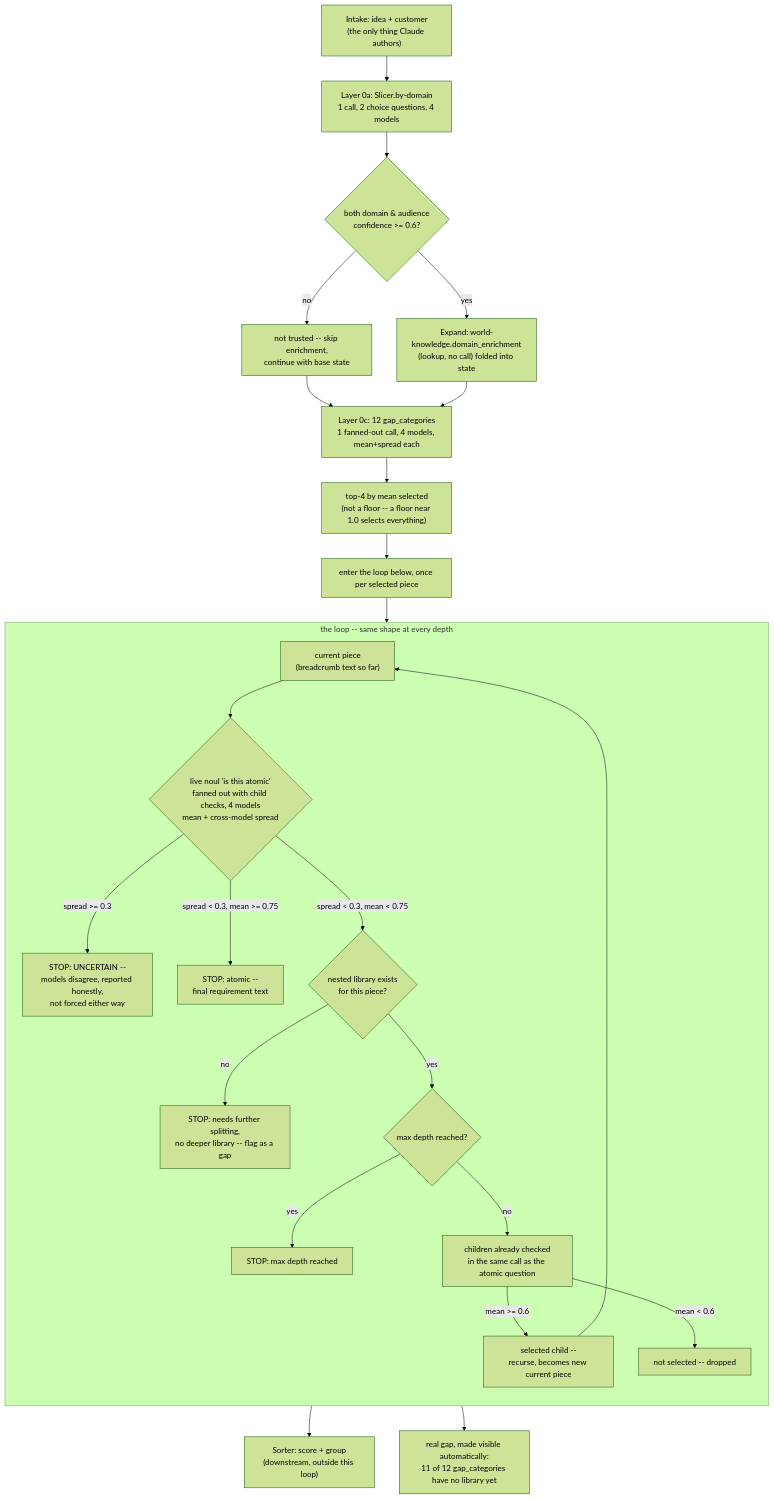
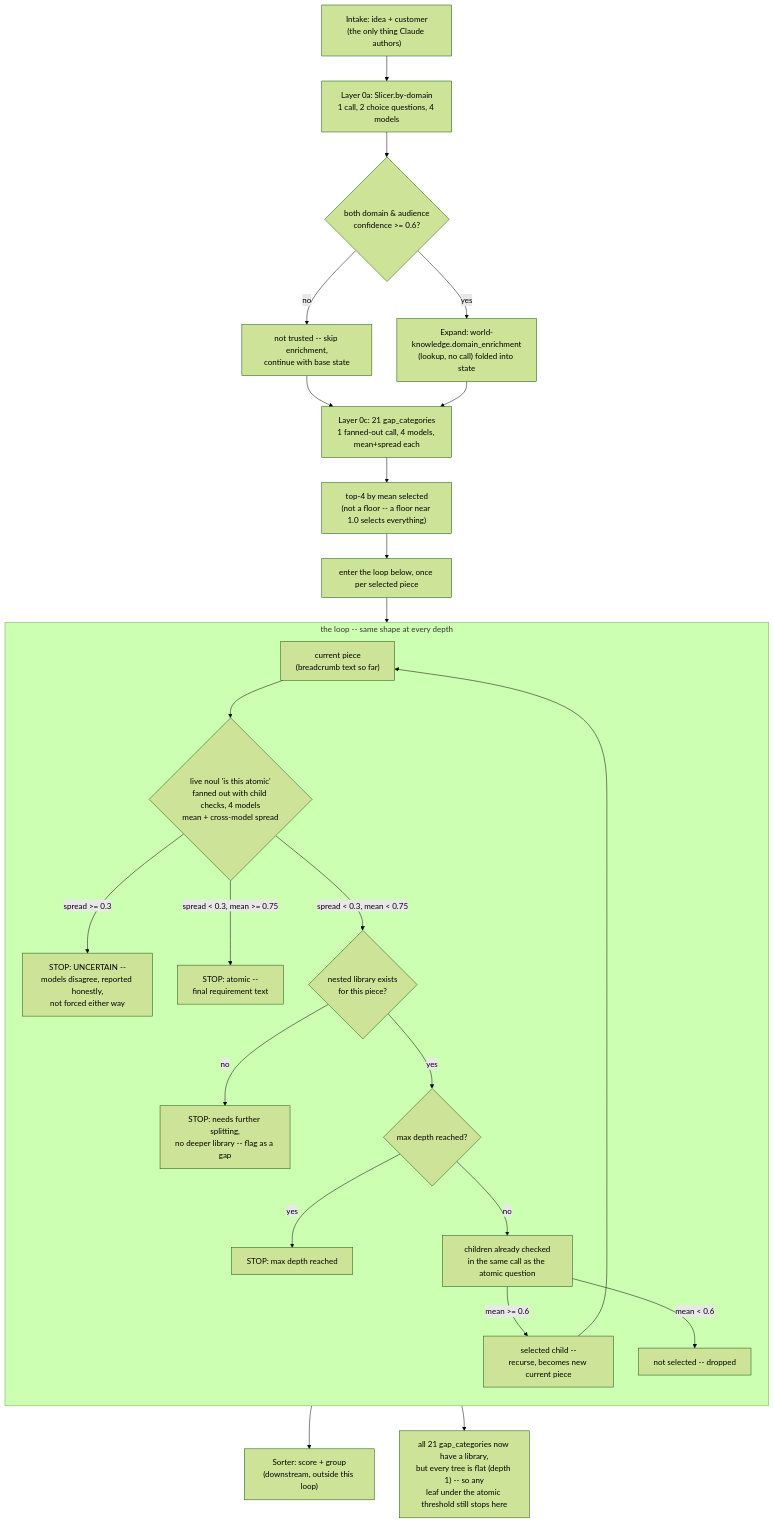
Before and after one commit to mvp-scale/workspace: the diagram in foundry/tools/README.md, drawn with Mermaid (forest theme). The commit also changed other lines of this file and 3 other files, not shown here.

````diff
--- a/foundry/tools/README.md
+++ b/foundry/tools/README.md
@@ -60,30 +60,30 @@
 ```mermaid
 flowchart TD
     A["Intake: idea + customer<br/>(the only thing Claude authors)"] --> AD["Layer 0a: Slicer.by-domain<br/>1 call, 2 choice questions, 4 models"]
     AD --> AE{"both domain & audience<br/>confidence &gt;= 0.6?"}
     AE -->|"no"| AENO["not trusted -- skip enrichment,<br/>continue with base state"]
     AE -->|"yes"| AEYES["Expand: world-knowledge.domain_enrichment<br/>(lookup, no call) folded into state"]
     AENO --> B
-    AEYES --> B["Layer 0c: 12 gap_categories<br/>1 fanned-out call, 4 models, mean+spread each"]
+    AEYES --> B["Layer 0c: 21 gap_categories<br/>1 fanned-out call, 4 models, mean+spread each"]
     B --> B1["top-4 by mean selected<br/>(not a floor -- a floor near 1.0 selects everything)"]
     B1 --> C["enter the loop below, once per selected piece"]
 
     subgraph LOOP["the loop -- same shape at every depth"]
         direction TD
         N["current piece<br/>(breadcrumb text so far)"] --> AT{"live noul 'is this atomic'<br/>fanned out with child checks, 4 models<br/>mean + cross-model spread"}
         AT -->|"spread &gt;= 0.3"| UNC["STOP: UNCERTAIN --<br/>models disagree, reported honestly,<br/>not forced either way"]
         AT -->|"spread &lt; 0.3, mean &gt;= 0.75"| DONE["STOP: atomic --<br/>final requirement text"]
         AT -->|"spread &lt; 0.3, mean &lt; 0.75"| LIB{"nested library exists<br/>for this piece?"}
         LIB -->|"no"| STOP_NOLIB["STOP: needs further splitting,<br/>no deeper library -- flag as a gap"]
         LIB -->|"yes"| DEPTH{"max depth reached?"}
         DEPTH -->|"yes"| STOP_DEPTH["STOP: max depth reached"]
         DEPTH -->|"no"| KIDS["children already checked<br/>in the same call as the atomic question"]
         KIDS -->|"mean &gt;= 0.6"| SEL["selected child --<br/>recurse, becomes new current piece"]
         KIDS -->|"mean &lt; 0.6"| DROP["not selected -- dropped"]
         SEL --> N
     end
 
     C --> N
     DONE --> SORT["Sorter: score + group<br/>(downstream, outside this loop)"]
-    STOP_NOLIB --> GAP["real gap, made visible automatically:<br/>11 of 12 gap_categories have no library yet"]
+    STOP_NOLIB --> GAP["all 21 gap_categories now have a library,<br/>but every tree is flat (depth 1) -- so any<br/>leaf under the atomic threshold still stops here"]
 ```
````
